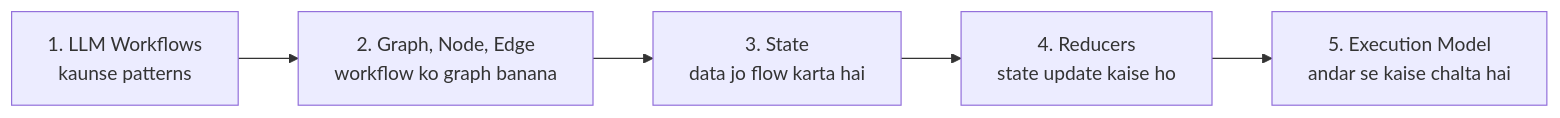
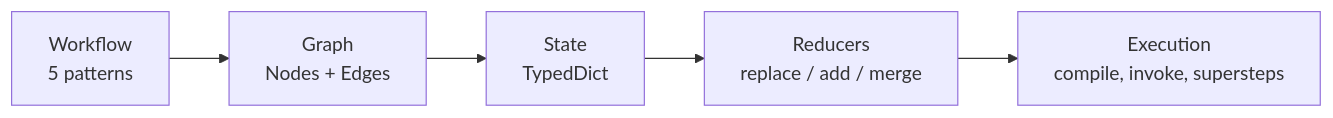
Before and after one commit to pallav2712/langGraph-campusx-notes: the first of 18 diagrams in V04-LangGraph core concepts/README.md, drawn with Mermaid. The commit also changed other lines of this file, not shown here.

Commit message:
v04 langGraph core concepts updated graphs and notes balanced

````diff
--- a/V04-LangGraph core concepts/README.md
+++ b/V04-LangGraph core concepts/README.md
@@ -42,7 +21,4 @@
 ```mermaid
 flowchart LR
-    A["1. LLM Workflows<br/>kaunse patterns"] --> B["2. Graph, Node, Edge<br/>workflow ko graph banana"]
-    B --> C["3. State<br/>data jo flow karta hai"]
-    C --> D["4. Reducers<br/>state update kaise ho"]
-    D --> E["5. Execution Model<br/>andar se kaise chalta hai"]
+    A["Workflow<br/>5 patterns"] --> B["Graph<br/>Nodes + Edges"] --> C["State<br/>TypedDict"] --> D["Reducers<br/>replace / add / merge"] --> E["Execution<br/>compile, invoke, supersteps"]
 ```
````
